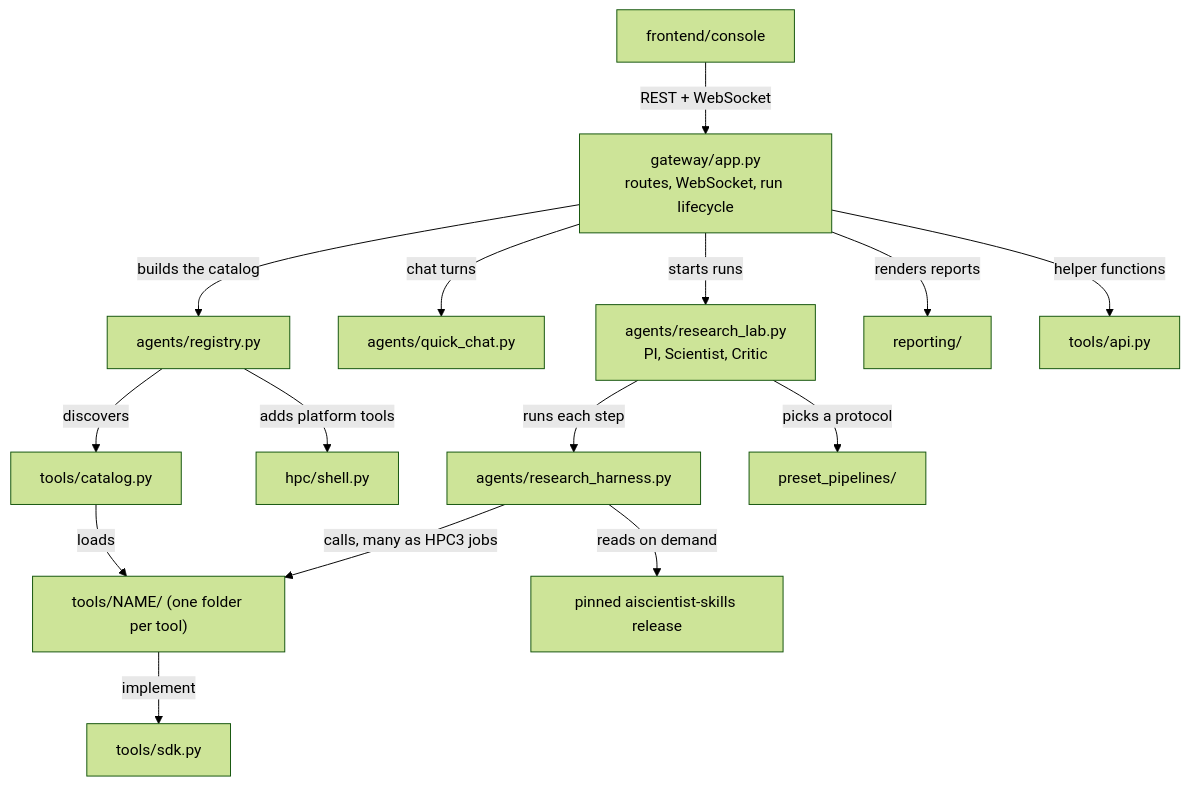
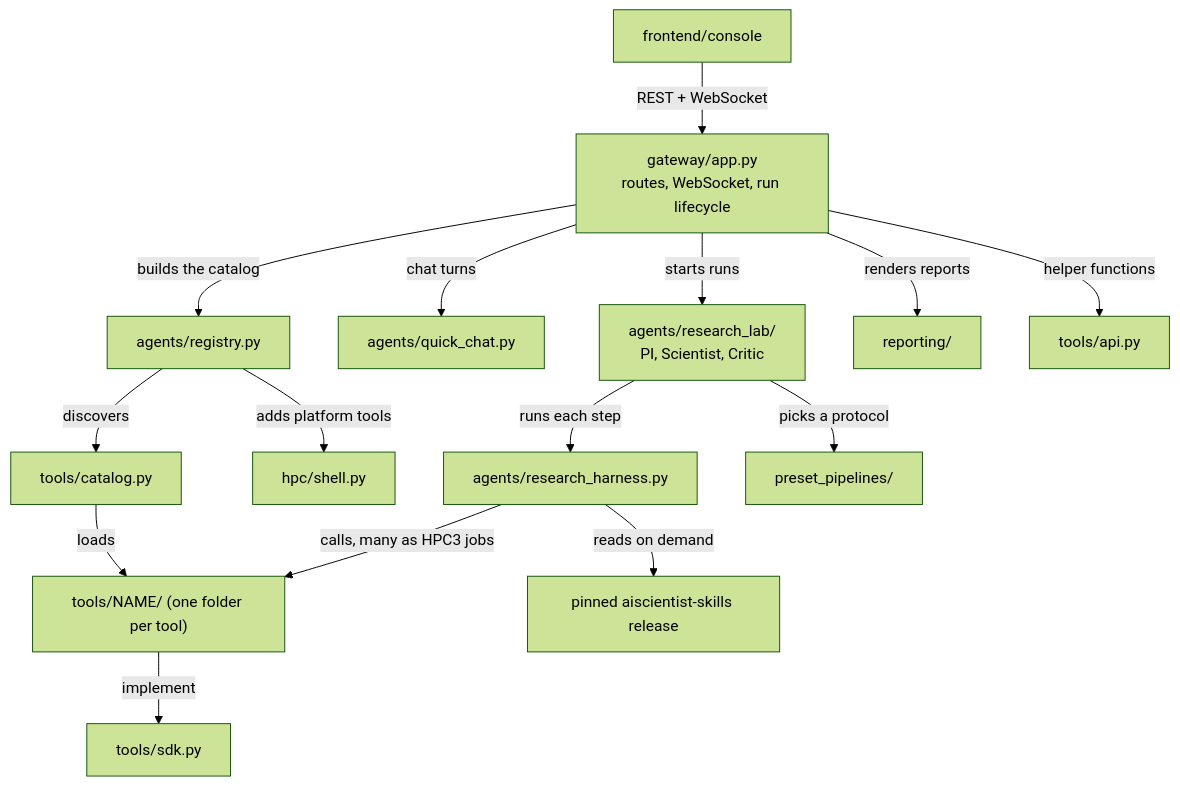
The third of 4 diagrams in docs/architecture/README.md (RCHENLAB/AiScientist), drawn with Mermaid (forest theme) before and after one commit. The commit also changed other lines of this file and 82 other files, not shown here.

First line of the commit message:
Native MCP analysis path, first part; the research lab as a package; retigene-rag bridge adapter

````diff
--- a/docs/architecture/README.md
+++ b/docs/architecture/README.md
@@ -126,17 +126,17 @@
 ```mermaid
 flowchart TB
     ui["frontend/console"] -->|"REST + WebSocket"| app["gateway/app.py<br/>routes, WebSocket, run lifecycle"]
     app -->|"builds the catalog"| registry["agents/registry.py"]
     app -->|"chat turns"| chat["agents/quick_chat.py"]
-    app -->|"starts runs"| lab["agents/research_lab.py<br/>PI, Scientist, Critic"]
+    app -->|"starts runs"| lab["agents/research_lab/<br/>PI, Scientist, Critic"]
     app -->|"renders reports"| reporting["reporting/"]
     app -->|"helper functions"| api["tools/api.py"]
     registry -->|"discovers"| catalog["tools/catalog.py"]
     registry -->|"adds platform tools"| shell["hpc/shell.py"]
     lab -->|"runs each step"| harness["agents/research_harness.py"]
     lab -->|"picks a protocol"| pipelines["preset_pipelines/"]
     harness -->|"calls, many as HPC3 jobs"| folders["tools/NAME/ (one folder per tool)"]
     harness -->|"reads on demand"| skills["pinned aiscientist-skills release"]
     catalog -->|"loads"| folders
     folders -->|"implement"| sdk["tools/sdk.py"]
 ```
````
